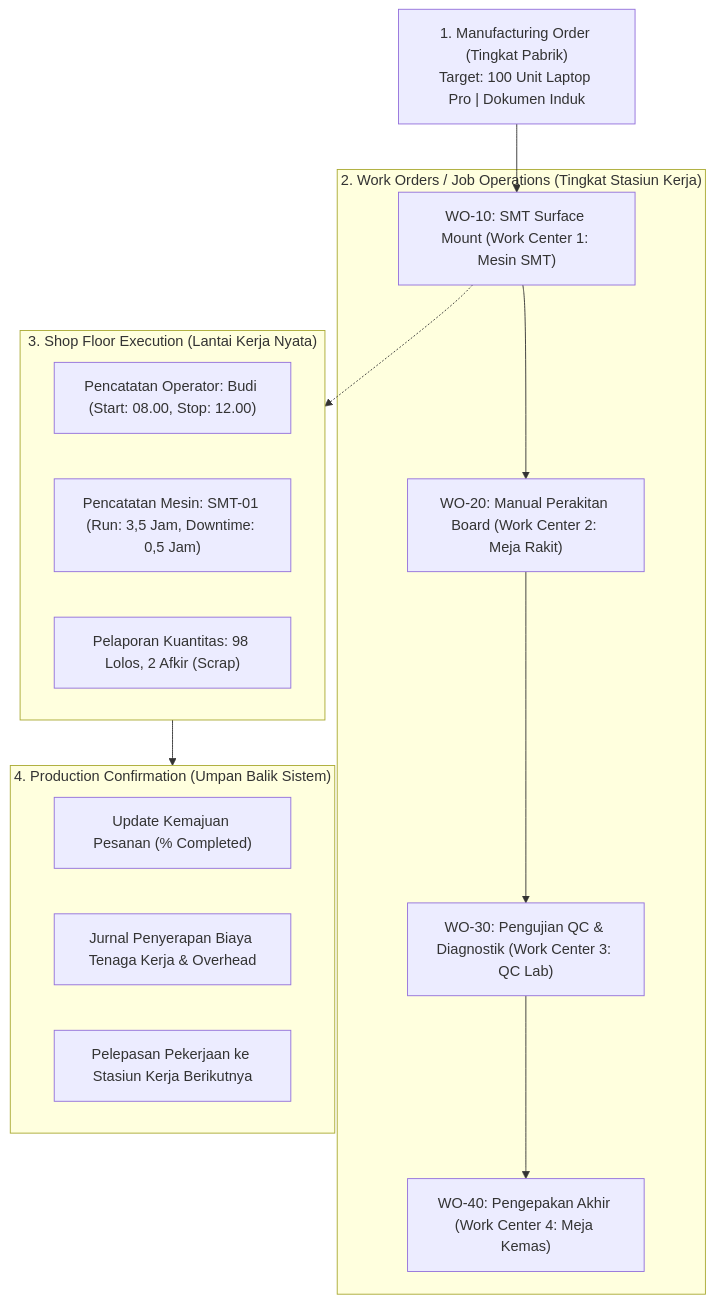
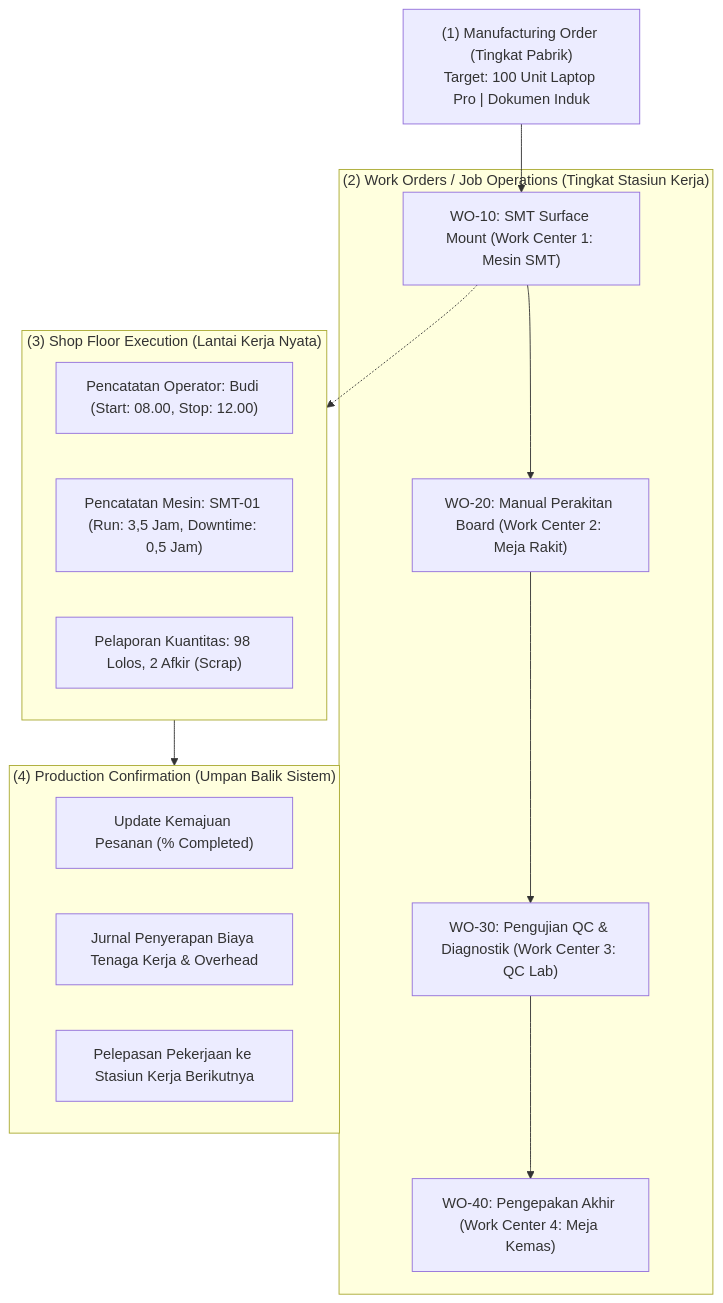
One commit to alimurrofid/erp-notes changed the first of 2 diagrams in content/06-manufacturing/shop-floor-execution.md. Above: the diagram before and after it, drawn with Mermaid. The commit also changed other lines of this file and 132 other files, not shown here.

````diff
--- a/content/06-manufacturing/shop-floor-execution.md
+++ b/content/06-manufacturing/shop-floor-execution.md
@@ -27,32 +27,32 @@
 ```mermaid
 flowchart TD
-    MO["1. Manufacturing Order (Tingkat Pabrik)<br/>Target: 100 Unit Laptop Pro | Dokumen Induk"]
+    MO["(1) Manufacturing Order (Tingkat Pabrik)<br/>Target: 100 Unit Laptop Pro | Dokumen Induk"]
     
-    subgraph Ops["2. Work Orders / Job Operations (Tingkat Stasiun Kerja)"]
+    subgraph Ops["(2) Work Orders / Job Operations (Tingkat Stasiun Kerja)"]
         WO10["WO-10: SMT Surface Mount (Work Center 1: Mesin SMT)"]
         WO20["WO-20: Manual Perakitan Board (Work Center 2: Meja Rakit)"]
         WO30["WO-30: Pengujian QC & Diagnostik (Work Center 3: QC Lab)"]
         WO40["WO-40: Pengepakan Akhir (Work Center 4: Meja Kemas)"]
     end
     
     MO --> WO10
     WO10 --> WO20
     WO20 --> WO30
     WO30 --> WO40
     
-    subgraph Exec["3. Shop Floor Execution (Lantai Kerja Nyata)"]
+    subgraph Exec["(3) Shop Floor Execution (Lantai Kerja Nyata)"]
         Track1["Pencatatan Operator: Budi (Start: 08.00, Stop: 12.00)"]
         Track2["Pencatatan Mesin: SMT-01 (Run: 3,5 Jam, Downtime: 0,5 Jam)"]
         Track3["Pelaporan Kuantitas: 98 Lolos, 2 Afkir (Scrap)"]
     end
     
     WO10 -.-> Exec
     
-    subgraph Confirm["4. Production Confirmation (Umpan Balik Sistem)"]
+    subgraph Confirm["(4) Production Confirmation (Umpan Balik Sistem)"]
         Back1["Update Kemajuan Pesanan (% Completed)"]
         Back2["Jurnal Penyerapan Biaya Tenaga Kerja & Overhead"]
         Back3["Pelepasan Pekerjaan ke Stasiun Kerja Berikutnya"]
     end
     
     Exec --> Confirm
 ```
````
